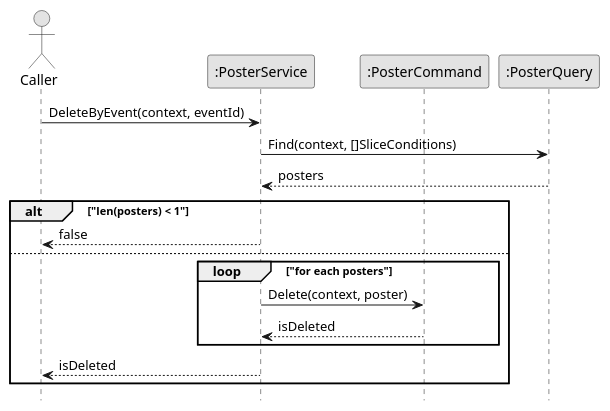
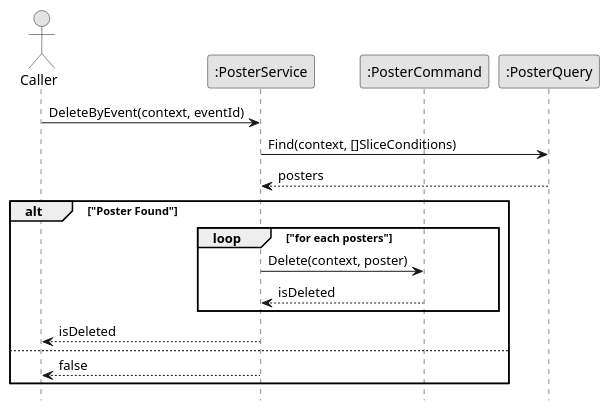
The diagram in Final/Sequence/Poster/DeletePoster.wsd (fwidjaya20/fazzlearning-uml), drawn with PlantUML before and after one commit. The commit also changed 47 other files, not shown here.

```diff
--- a/Final/Sequence/Poster/DeletePoster.wsd
+++ b/Final/Sequence/Poster/DeletePoster.wsd
@@ -1,26 +1,26 @@
 @startuml DeletePoster
 
 skinparam Monochrome true
 skinparam Shadowing false
 hide footbox
 
 actor Caller
 participant ":PosterService" as PosterService
 participant ":PosterCommand" as PosterCommand
 participant ":PosterQuery" as PosterQuery
 
 Caller->PosterService: DeleteByEvent(context, eventId)
 PosterService->PosterQuery: Find(context, []SliceConditions)
 PosterQuery-->PosterService: posters
 
-alt "len(posters) < 1"
-    PosterService-->Caller: false
-else
+alt "Poster Found"
     loop "for each posters"
         PosterService->PosterCommand: Delete(context, poster)
         PosterCommand-->PosterService: isDeleted
     end
     PosterService-->Caller: isDeleted
+else
+    PosterService-->Caller: false
 end
 
 @enduml
```
